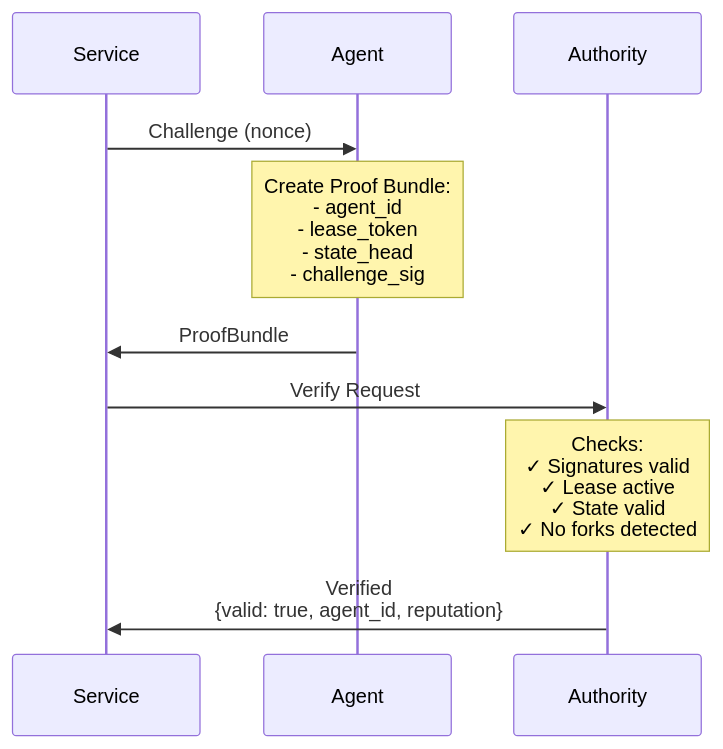
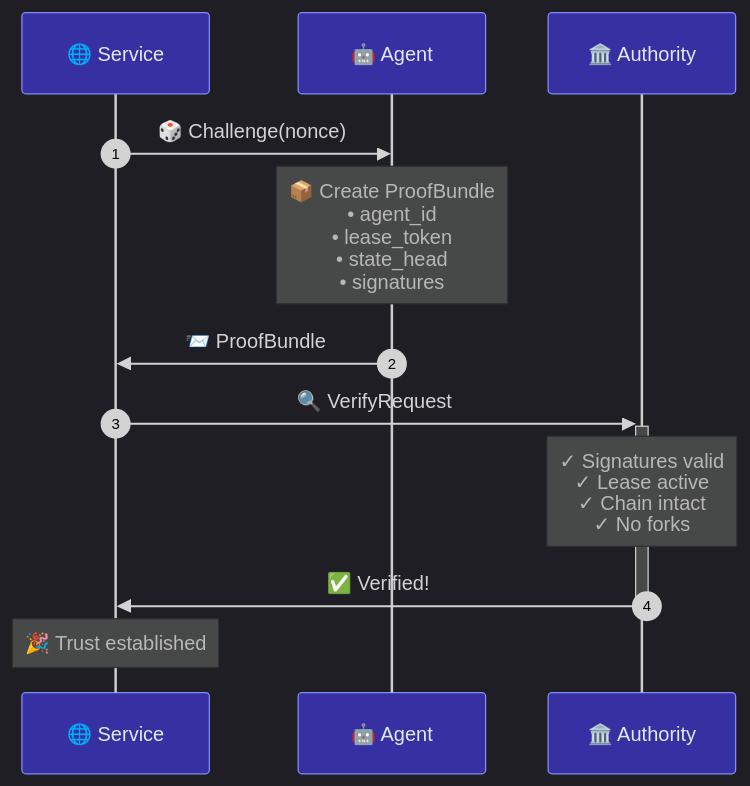
One commit to trustorno/sigaid changed the sixth of 7 diagrams in README.md. Above: the diagram before and after it, drawn with Mermaid. The commit also changed other lines of this file, not shown here.

Commit message:
Enhance README with polished dark-themed Mermaid diagrams

````diff
--- a/README.md
+++ b/README.md
@@ -208,18 +265,23 @@
 ```mermaid
+%%{init: {'theme': 'dark', 'themeVariables': { 'fontFamily': 'ui-monospace, monospace', 'actorTextColor': '#e2e8f0', 'actorBkg': '#3730a3', 'actorBorder': '#818cf8'}}}%%
 sequenceDiagram
-    participant S as Service
-    participant A as Agent
-    participant Auth as Authority
+    autonumber
 
-    S->>A: Challenge (nonce)
+    participant S as 🌐 Service
+    participant A as 🤖 Agent
+    participant AUTH as 🏛️ Authority
 
-    Note over A: Create Proof Bundle:<br/>- agent_id<br/>- lease_token<br/>- state_head<br/>- challenge_sig
+    S->>A: 🎲 Challenge(nonce)
 
-    A->>S: ProofBundle
+    Note over A: 📦 Create ProofBundle<br/>• agent_id<br/>• lease_token<br/>• state_head<br/>• signatures
 
-    S->>Auth: Verify Request
+    A->>S: 📨 ProofBundle
 
-    Note over Auth: Checks:<br/>✓ Signatures valid<br/>✓ Lease active<br/>✓ State valid<br/>✓ No forks detected
+    S->>+AUTH: 🔍 VerifyRequest
 
-    Auth->>S: Verified<br/>{valid: true, agent_id, reputation}
+    Note over AUTH: ✓ Signatures valid<br/>✓ Lease active<br/>✓ Chain intact<br/>✓ No forks
+
+    AUTH->>-S: ✅ Verified!
+
+    Note over S: 🎉 Trust established
 ```
````
